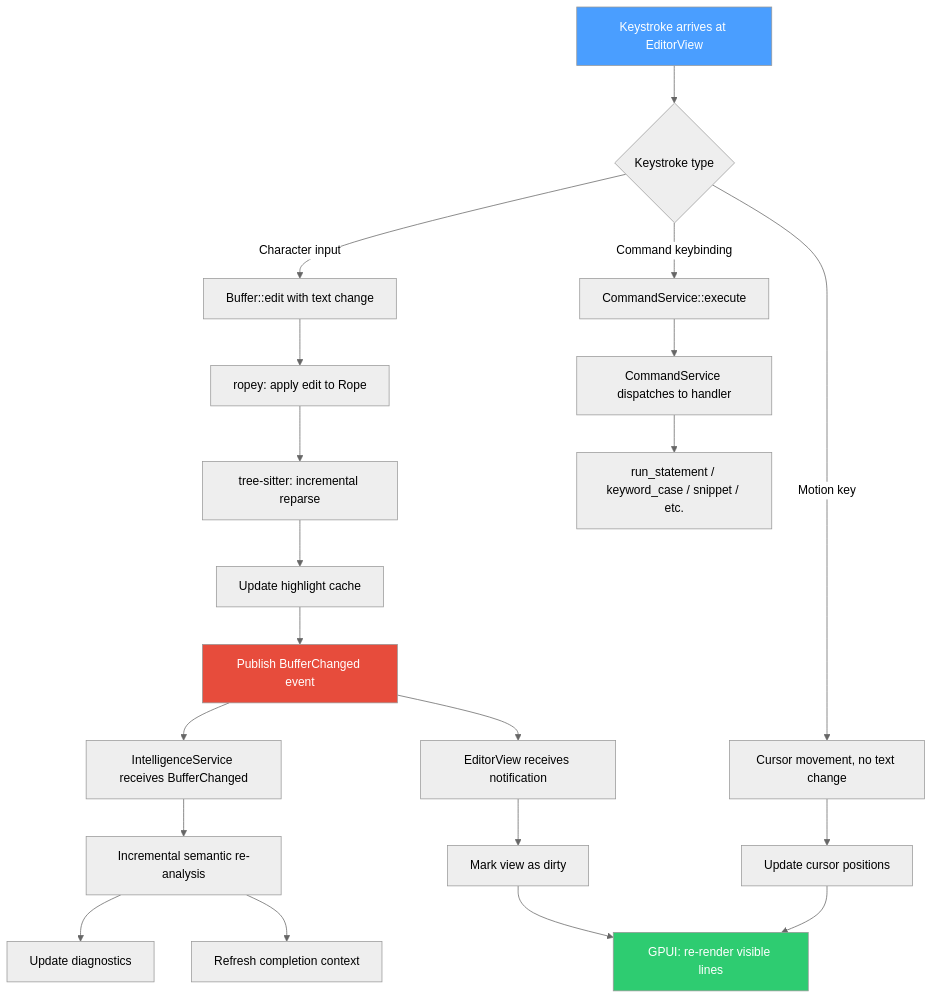
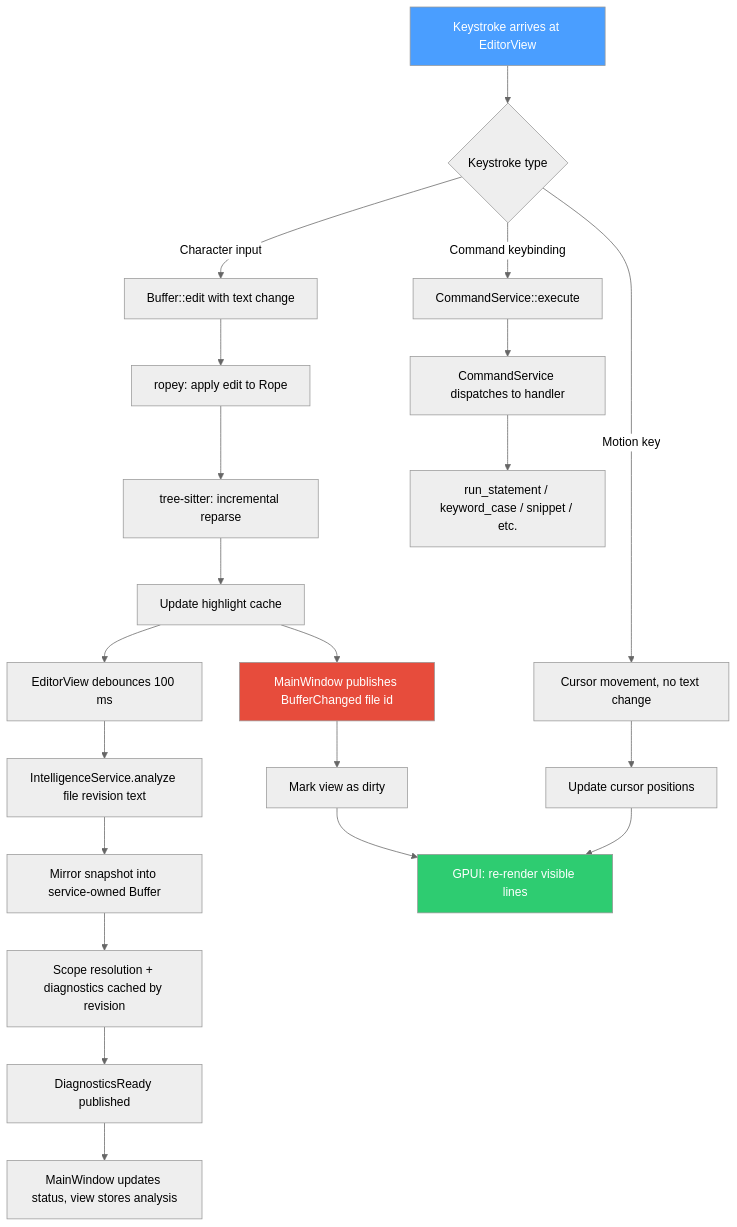
Before and after one commit to mohamad-kanso/Tempr: the diagram in docs/10-editor.md, drawn with Mermaid (neutral theme). The commit also changed other lines of this file and 35 other files, not shown here.

First line of the commit message:
feat(ui): intelligence UI — hover, diagnostics, completion popup (Phase 3 stage 6) (#23)

````diff
--- a/docs/10-editor.md
+++ b/docs/10-editor.md
@@ -219,31 +221,30 @@
 ```mermaid
 flowchart TD
     A[Keystroke arrives at EditorView] --> B{Keystroke type}
     B -->|Character input| C[Buffer::edit with text change]
     B -->|Motion key| D[Cursor movement, no text change]
     B -->|Command keybinding| E[CommandService::execute]
 
     C --> F[ropey: apply edit to Rope]
     F --> G[tree-sitter: incremental reparse]
     G --> H[Update highlight cache]
-    H --> I[Publish BufferChanged event]
-
-    I --> J[IntelligenceService receives BufferChanged]
-    J --> K[Incremental semantic re-analysis]
-    K --> L[Update diagnostics]
-    K --> M[Refresh completion context]
-
-    I --> N[EditorView receives notification]
-    N --> O[Mark view as dirty]
-    O --> P[GPUI: re-render visible lines]
+    H --> I[MainWindow publishes BufferChanged file id]
+    H --> J[EditorView debounces 100 ms]
+    J --> K[IntelligenceService.analyze file revision text]
+    K --> L[Mirror snapshot into service-owned Buffer]
+    L --> M[Scope resolution + diagnostics cached by revision]
+    M --> R[DiagnosticsReady published]
+    R --> S[MainWindow updates status, view stores analysis]
+    I --> N[Mark view as dirty]
+    N --> O[GPUI: re-render visible lines]
 
     D --> Q[Update cursor positions]
-    Q --> P
+    Q --> O
 
-    E --> R[CommandService dispatches to handler]
-    R --> S[run_statement / keyword_case / snippet / etc.]
+    E --> T[CommandService dispatches to handler]
+    T --> U[run_statement / keyword_case / snippet / etc.]
 
     style A fill:#4a9eff,color:#fff
     style I fill:#e74c3c,color:#fff
-    style P fill:#2ecc71,color:#fff
+    style O fill:#2ecc71,color:#fff
 ```
````
